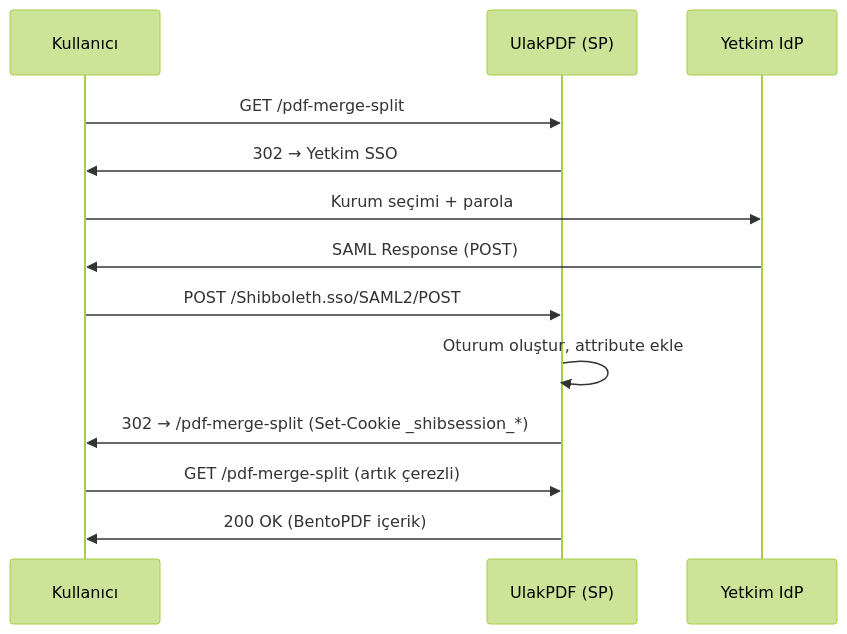
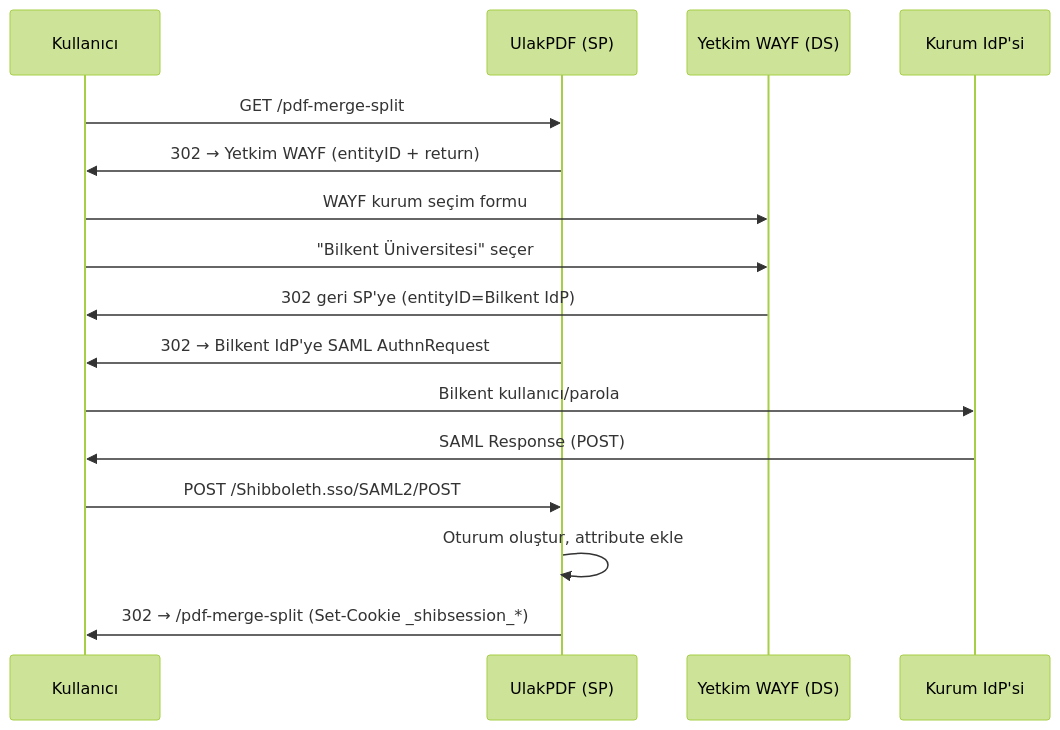
One commit to ciari/ulakpdf changed the diagram in docs-site/docs/kurulum/yetkim.md. Above: the diagram before and after it, drawn with Mermaid (forest theme). The commit also changed other lines of this file and 6 other files, not shown here.

First line of the commit message:
Add federation-mode SAML support + Yetkim live endpoints

````diff
--- a/docs-site/docs/kurulum/yetkim.md
+++ b/docs-site/docs/kurulum/yetkim.md
@@ -8,16 +34,19 @@
 ```mermaid
 sequenceDiagram
     participant U as Kullanıcı
     participant S as UlakPDF (SP)
-    participant Y as Yetkim IdP
+    participant W as Yetkim WAYF (DS)
+    participant Y as Kurum IdP'si
 
     U->>S: GET /pdf-merge-split
-    S->>U: 302 → Yetkim SSO
-    U->>Y: Kurum seçimi + parola
+    S->>U: 302 → Yetkim WAYF (entityID + return)
+    U->>W: WAYF kurum seçim formu
+    U->>W: "Bilkent Üniversitesi" seçer
+    W->>U: 302 geri SP'ye (entityID=Bilkent IdP)
+    S->>U: 302 → Bilkent IdP'ye SAML AuthnRequest
+    U->>Y: Bilkent kullanıcı/parola
     Y->>U: SAML Response (POST)
     U->>S: POST /Shibboleth.sso/SAML2/POST
     S->>S: Oturum oluştur, attribute ekle
     S->>U: 302 → /pdf-merge-split (Set-Cookie _shibsession_*)
-    U->>S: GET /pdf-merge-split (artık çerezli)
-    S->>U: 200 OK (BentoPDF içerik)
 ```
````
